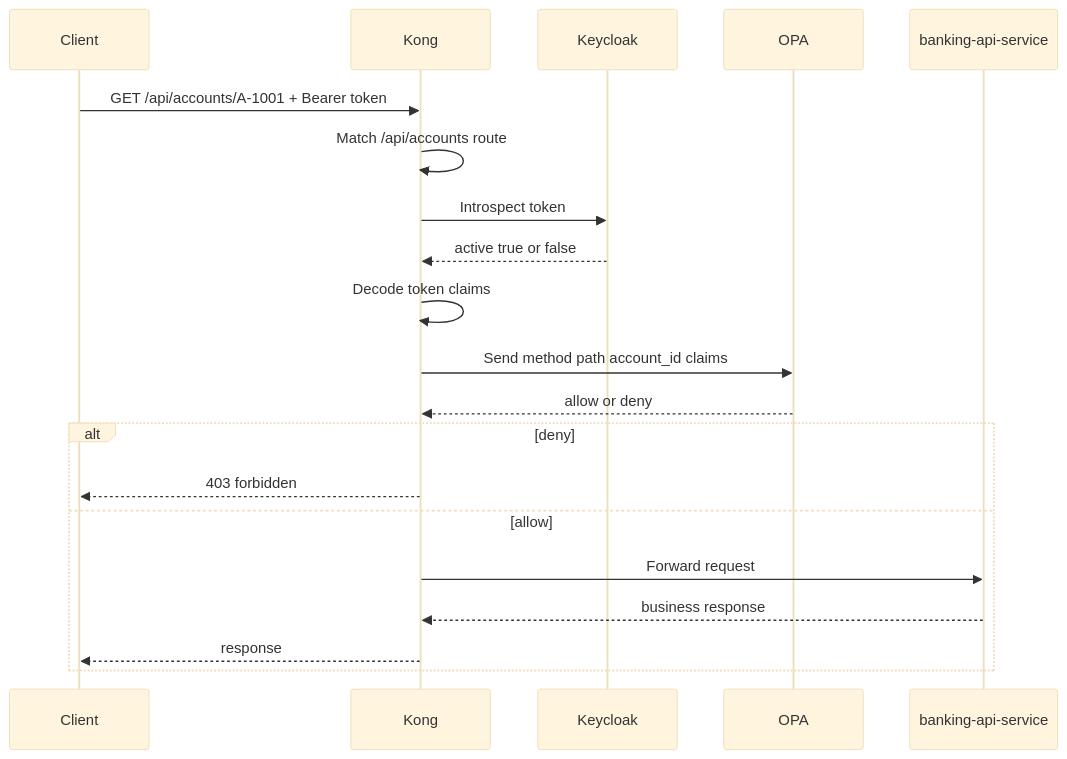
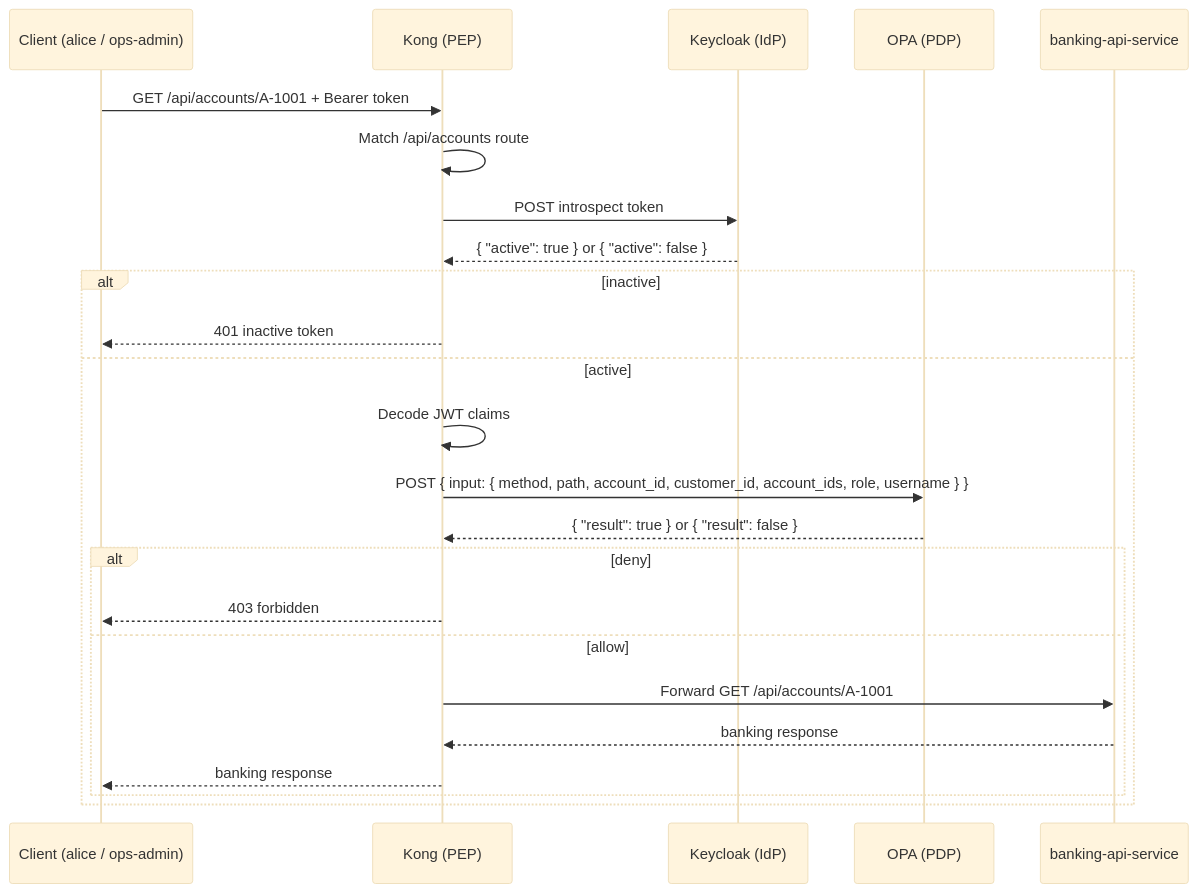
The second of 2 diagrams in docs/07-kong.md (geekchow/micro-service-auth), drawn with Mermaid (base theme) before and after one commit. The commit also changed other lines of this file, not shown here.

Commit message:
docs: rewrite 07 Kong with template, defer introspection to 11

````diff
--- a/docs/07-kong.md
+++ b/docs/07-kong.md
@@ -271,23 +278,27 @@
 ```mermaid
 sequenceDiagram
-    participant C as Client
-    participant G as Kong
-    participant K as Keycloak
-    participant O as OPA
+    participant C as Client (alice / ops-admin)
+    participant G as Kong (PEP)
+    participant K as Keycloak (IdP)
+    participant O as OPA (PDP)
     participant B as banking-api-service
 
     C->>G: GET /api/accounts/A-1001 + Bearer token
     G->>G: Match /api/accounts route
-    G->>K: Introspect token
-    K-->>G: active true or false
-    G->>G: Decode token claims
-    G->>O: Send method path account_id claims
-    O-->>G: allow or deny
-    alt deny
-        G-->>C: 403 forbidden
-    else allow
-        G->>B: Forward request
-        B-->>G: business response
-        G-->>C: response
+    G->>K: POST introspect token
+    K-->>G: { "active": true } or { "active": false }
+    alt inactive
+        G-->>C: 401 inactive token
+    else active
+        G->>G: Decode JWT claims
+        G->>O: POST { input: { method, path, account_id, customer_id, account_ids, role, username } }
+        O-->>G: { "result": true } or { "result": false }
+        alt deny
+            G-->>C: 403 forbidden
+        else allow
+            G->>B: Forward GET /api/accounts/A-1001
+            B-->>G: banking response
+            G-->>C: banking response
+        end
     end
 ```
````
